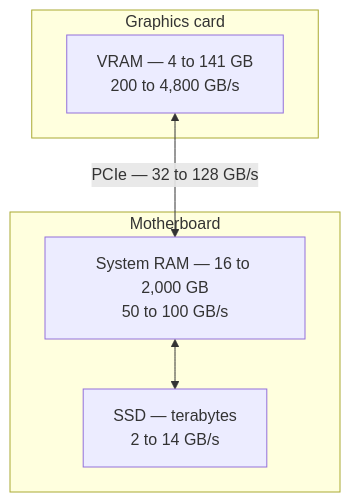
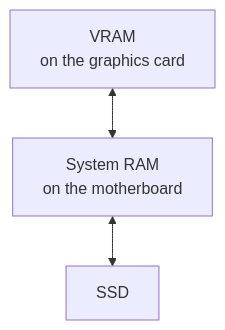
One commit to kamil-kielbasa/ai-infrastructure-book changed the first of 2 diagrams in book/04-the-gpu.md. Above: the diagram before and after it, drawn with Mermaid. The commit also changed other lines of this file and 15 other files, not shown here.

Commit message:
fix: pin mermaid and mathjax to working majors, trim part V

````diff
--- a/book/04-the-gpu.md
+++ b/book/04-the-gpu.md
@@ -11,12 +11,8 @@
 ```mermaid
 flowchart TB
-    subgraph gpu [Graphics card]
-        V["VRAM — 4 to 141 GB<br/>200 to 4,800 GB/s"]
-    end
-    subgraph host [Motherboard]
-        R["System RAM — 16 to 2,000 GB<br/>50 to 100 GB/s"]
-        D["SSD — terabytes<br/>2 to 14 GB/s"]
-    end
-    V <-->|"PCIe — 32 to 128 GB/s"| R
+    V[VRAM<br/>on the graphics card]
+    R[System RAM<br/>on the motherboard]
+    D[SSD]
+    V <--> R
     R <--> D
 ```
````
